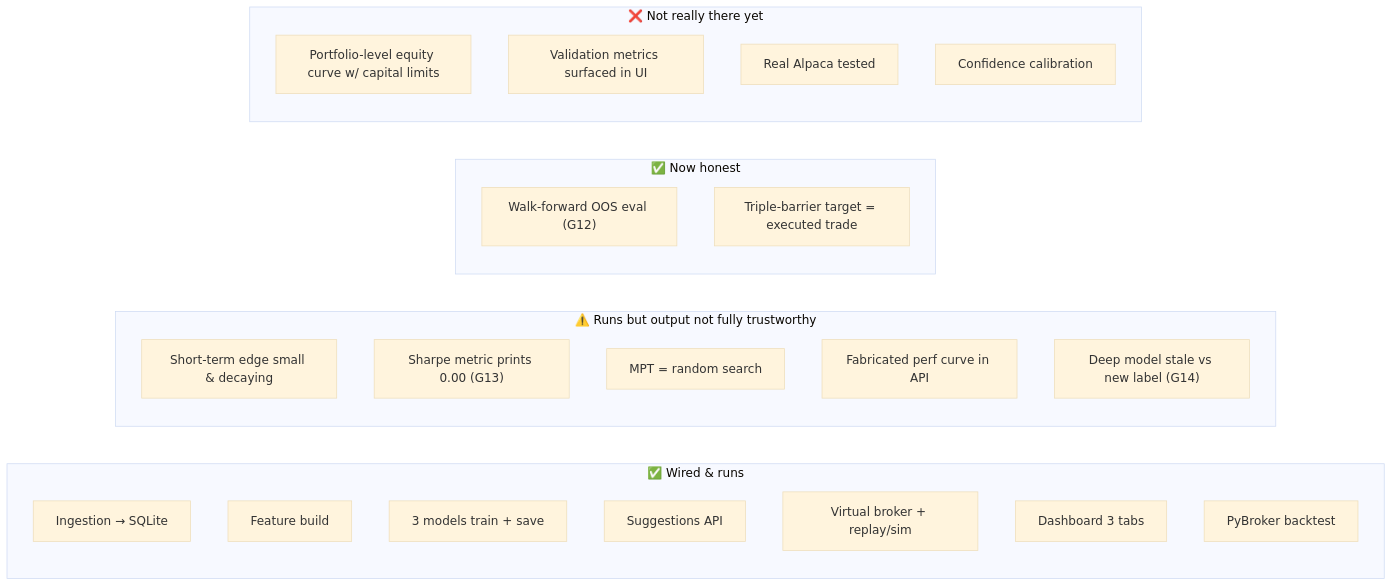
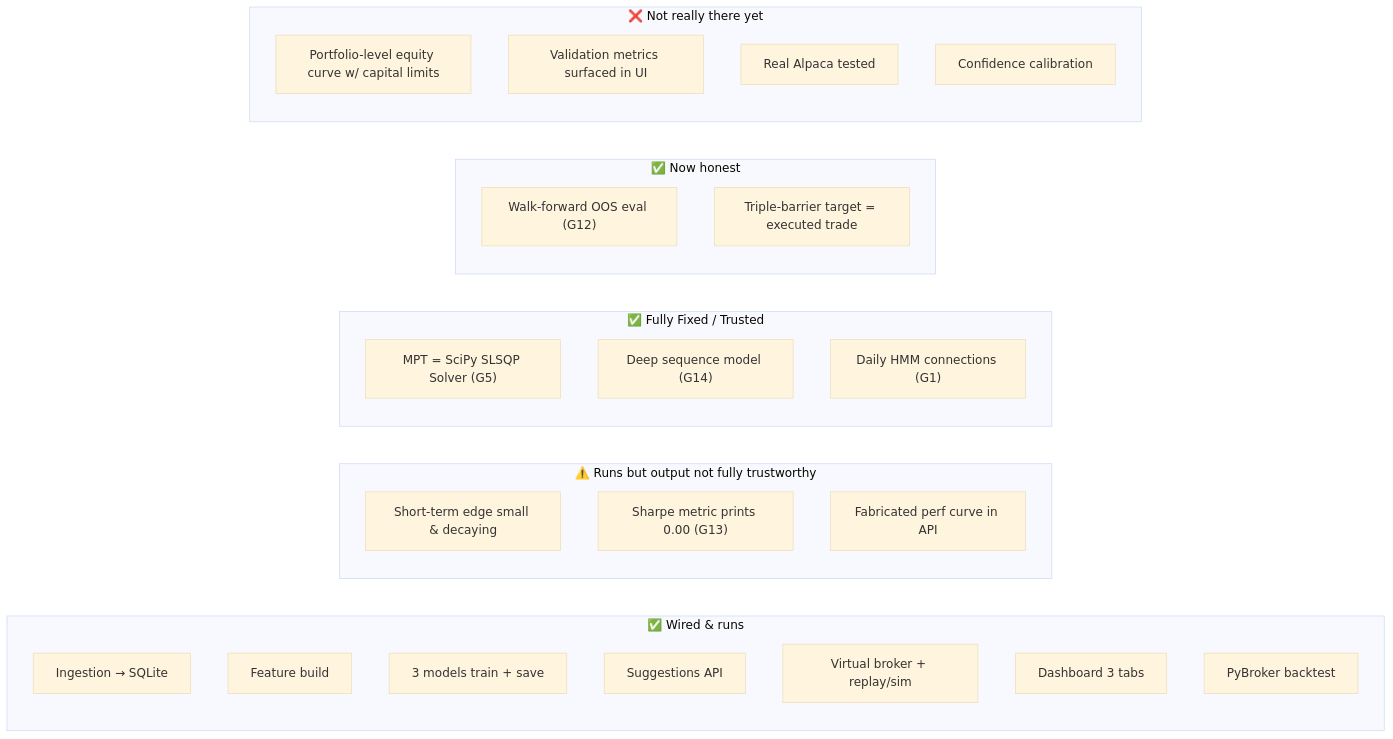
One commit to arvindpereira/ampytech-trader changed the first of 2 diagrams in docs/current-state-and-gaps.md. Above: the diagram before and after it, drawn with Mermaid (base theme). The commit also changed other lines of this file and 3 other files, not shown here.

Commit message:
Update docs to match stationary features, SciPy optimizer, and daily HMM tables

````diff
--- a/docs/current-state-and-gaps.md
+++ b/docs/current-state-and-gaps.md
@@ -10,29 +10,32 @@
 ```mermaid
 flowchart LR
     subgraph Works["✅ Wired & runs"]
         W1[Ingestion → SQLite]
         W2[Feature build]
         W3[3 models train + save]
         W4[Suggestions API]
         W5[Virtual broker + replay/sim]
         W6[Dashboard 3 tabs]
         W7[PyBroker backtest]
     end
     subgraph Suspect["⚠️ Runs but output not fully trustworthy"]
         S1["Short-term edge small & decaying"]
         S2["Sharpe metric prints 0.00 (G13)"]
-        S5[MPT = random search]
         S6[Fabricated perf curve in API]
-        S7["Deep model stale vs new label (G14)"]
+    end
+    subgraph Fixed["✅ Fully Fixed / Trusted"]
+        F1["MPT = SciPy SLSQP Solver (G5)"]
+        F2["Deep sequence model (G14)"]
+        F3["Daily HMM connections (G1)"]
     end
     subgraph Works2["✅ Now honest"]
         H1["Walk-forward OOS eval (G12)"]
         H2["Triple-barrier target = executed trade"]
     end
     subgraph Missing["❌ Not really there yet"]
         M1[Portfolio-level equity curve w/ capital limits]
         M2[Validation metrics surfaced in UI]
         M3[Real Alpaca tested]
         M4[Confidence calibration]
     end
 ```
````
